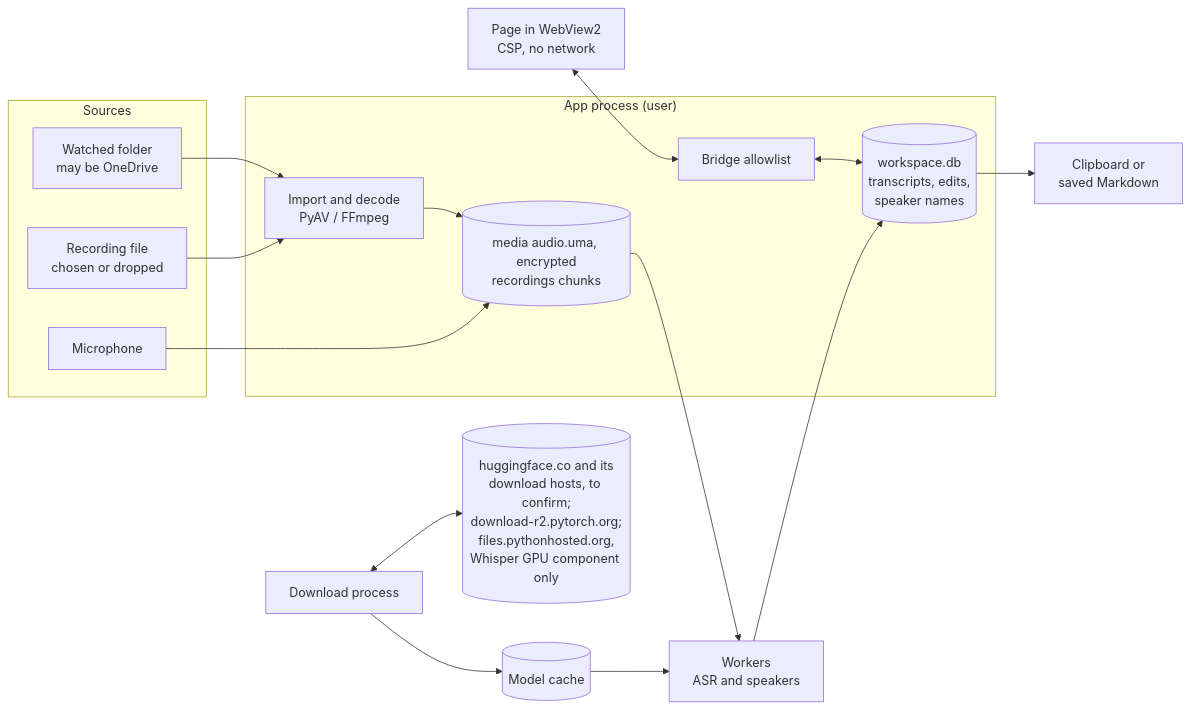
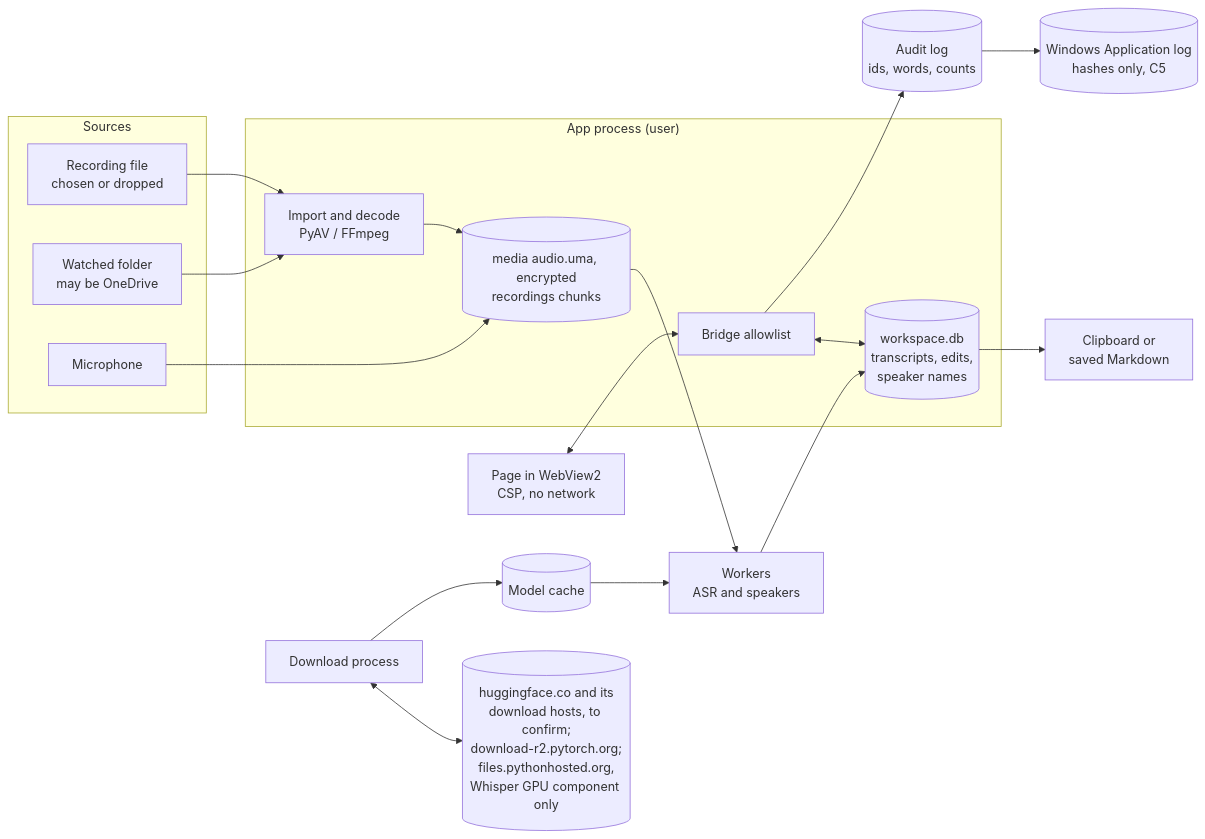
One commit to thatskiff33/unminute changed the diagram in docs/SECURITY_MODEL.md. Above: the diagram before and after it, drawn with Mermaid. The commit also changed other lines of this file and 17 other files, not shown here.

First line of the commit message:
C5: content-free, hash-chained audit log with a Windows Event Log copy (#111) (#289)

````diff
--- a/docs/SECURITY_MODEL.md
+++ b/docs/SECURITY_MODEL.md
@@ -50,33 +50,37 @@
 ```mermaid
 flowchart LR
   subgraph Sources
     F[Recording file<br/>chosen or dropped]
     W[Watched folder<br/>may be OneDrive]
     M[Microphone]
   end
   subgraph App["App process (user)"]
     I[Import and decode<br/>PyAV / FFmpeg]
     S[(workspace.db<br/>transcripts, edits,<br/>speaker names)]
     A[(media audio.uma, encrypted<br/>recordings chunks)]
     B[Bridge allowlist]
   end
   P[Page in WebView2<br/>CSP, no network]
   K[Workers<br/>ASR and speakers]
   D[Download process]
   HF[(huggingface.co and its<br/>download hosts, to confirm;<br/>download-r2.pytorch.org;<br/>files.pythonhosted.org,<br/>Whisper GPU component only)]
   MC[(Model cache)]
   O[Clipboard or<br/>saved Markdown]
+  AL[(Audit log<br/>ids, words, counts)]
+  EL[(Windows Application log<br/>hashes only, C5)]
 
   F --> I
   W --> I
   M --> A
   I --> A
   A --> K
   K --> S
   MC --> K
   P <--> B
   B <--> S
   S --> O
   D <--> HF
   D --> MC
+  B --> AL
+  AL --> EL
 ```
````
